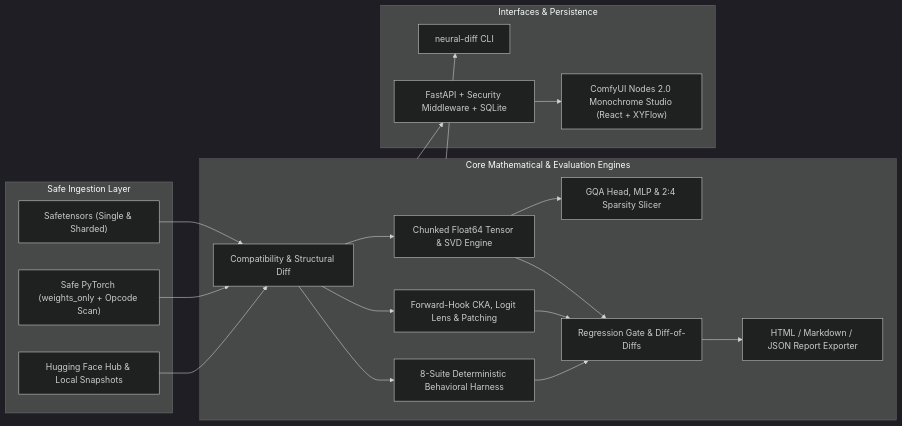
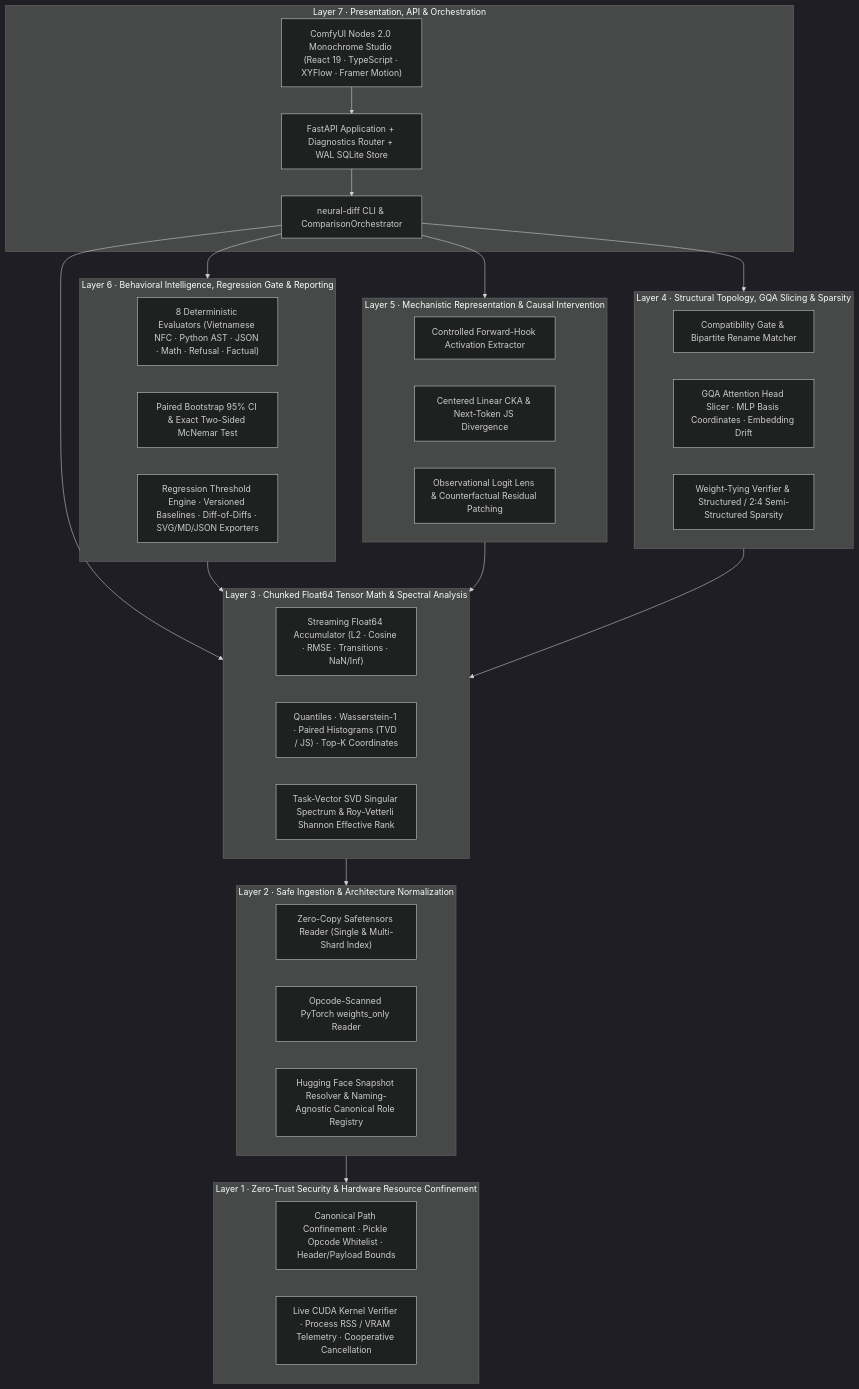
One commit to williamcachamwri/neural-diff changed the first of 2 diagrams in README.md. Above: the diagram before and after it, drawn with Mermaid (dark theme). The commit also changed other lines of this file and 4 other files, not shown here.

Commit message:
docs(readme): expand 7-layer architecture specification, sequence diagrams, and API reference across all 5 languages

````diff
--- a/README.md
+++ b/README.md
@@ -55,37 +64,47 @@
 ```mermaid
-flowchart LR
-    subgraph Loaders["Safe Ingestion Layer"]
-        ST["Safetensors (Single & Sharded)"]
-        PT["Safe PyTorch (weights_only + Opcode Scan)"]
-        HF["Hugging Face Hub & Local Snapshots"]
+flowchart TB
+    subgraph L7["Layer 7 · Presentation, API & Orchestration"]
+        UI["ComfyUI Nodes 2.0 Monochrome Studio (React 19 · TypeScript · XYFlow · Framer Motion)"]
+        API["FastAPI Application + Diagnostics Router + WAL SQLite Store"]
+        CLI["neural-diff CLI & ComparisonOrchestrator"]
     end
 
-    subgraph Core["Core Mathematical & Evaluation Engines"]
-        COMPAT["Compatibility & Structural Diff"]
-        TENSOR["Chunked Float64 Tensor & SVD Engine"]
-        HEADS["GQA Head, MLP & 2:4 Sparsity Slicer"]
-        ACT["Forward-Hook CKA, Logit Lens & Patching"]
-        BEH["8-Suite Deterministic Behavioral Harness"]
-        REG["Regression Gate & Diff-of-Diffs"]
-        REP["HTML / Markdown / JSON Report Exporter"]
+    subgraph L6["Layer 6 · Behavioral Intelligence, Regression Gate & Reporting"]
+        BEH["8 Deterministic Evaluators (Vietnamese NFC · Python AST · JSON · Math · Refusal · Factual)"]
+        STATS_B["Paired Bootstrap 95% CI & Exact Two-Sided McNemar Test"]
+        REG["Regression Threshold Engine · Versioned Baselines · Diff-of-Diffs · SVG/MD/JSON Exporters"]
     end
 
-    subgraph Surface["Interfaces & Persistence"]
-        CLI["neural-diff CLI"]
-        API["FastAPI + Security Middleware + SQLite"]
-        UI["ComfyUI Nodes 2.0 Monochrome Studio (React + XYFlow)"]
+    subgraph L5["Layer 5 · Mechanistic Representation & Causal Intervention"]
+        HOOK["Controlled Forward-Hook Activation Extractor"]
+        CKA["Centered Linear CKA & Next-Token JS Divergence"]
+        LENS["Observational Logit Lens & Counterfactual Residual Patching"]
     end
 
-    ST --> COMPAT
-    PT --> COMPAT
-    HF --> COMPAT
-    COMPAT --> TENSOR --> HEADS
-    COMPAT --> ACT
-    COMPAT --> BEH
-    TENSOR --> REG
-    ACT --> REG
-    BEH --> REG
-    REG --> REP
-    Core --> CLI
-    Core --> API --> UI
+    subgraph L4["Layer 4 · Structural Topology, GQA Slicing & Sparsity"]
+        COMPAT["Compatibility Gate & Bipartite Rename Matcher"]
+        GQA["GQA Attention Head Slicer · MLP Basis Coordinates · Embedding Drift"]
+        SPARSE["Weight-Tying Verifier & Structured / 2:4 Semi-Structured Sparsity"]
+    end
+
+    subgraph L3["Layer 3 · Chunked Float64 Tensor Math & Spectral Analysis"]
+        CHUNK["Streaming Float64 Accumulator (L2 · Cosine · RMSE · Transitions · NaN/Inf)"]
+        DIST["Quantiles · Wasserstein-1 · Paired Histograms (TVD / JS) · Top-K Coordinates"]
+        SVD["Task-Vector SVD Singular Spectrum & Roy-Vetterli Shannon Effective Rank"]
+    end
+
+    subgraph L2["Layer 2 · Safe Ingestion & Architecture Normalization"]
+        SAFE["Zero-Copy Safetensors Reader (Single & Multi-Shard Index)"]
+        PTSAFE["Opcode-Scanned PyTorch weights_only Reader"]
+        HFHUB["Hugging Face Snapshot Resolver & Naming-Agnostic Canonical Role Registry"]
+    end
+
+    subgraph L1["Layer 1 · Zero-Trust Security & Hardware Resource Confinement"]
+        SEC["Canonical Path Confinement · Pickle Opcode Whitelist · Header/Payload Bounds"]
+        RES["Live CUDA Kernel Verifier · Process RSS / VRAM Telemetry · Cooperative Cancellation"]
+    end
+
+    UI --> API --> CLI
+    CLI --> L6 & L5 & L4 & L3
+    L6 & L5 & L4 --> L3 --> L2 --> L1
 ```
````
